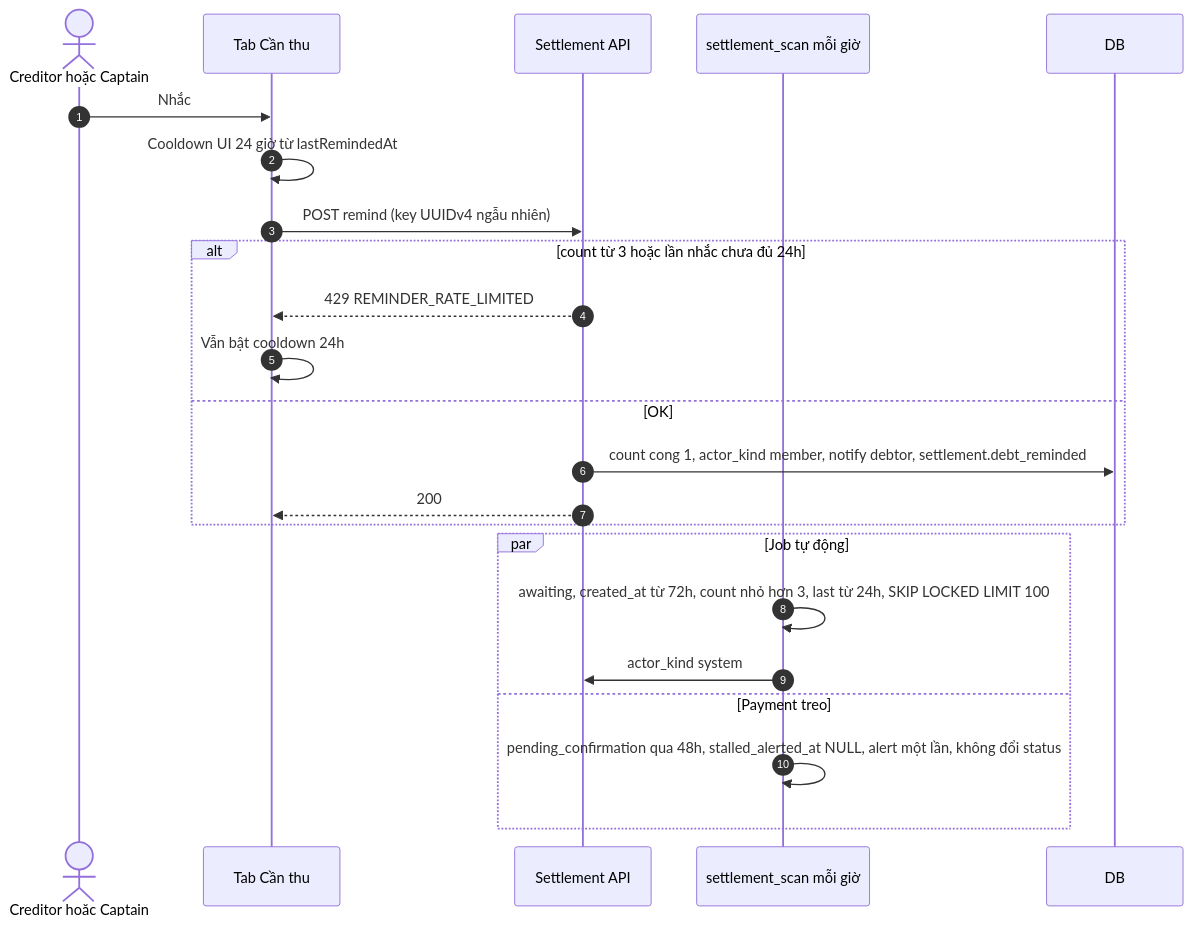
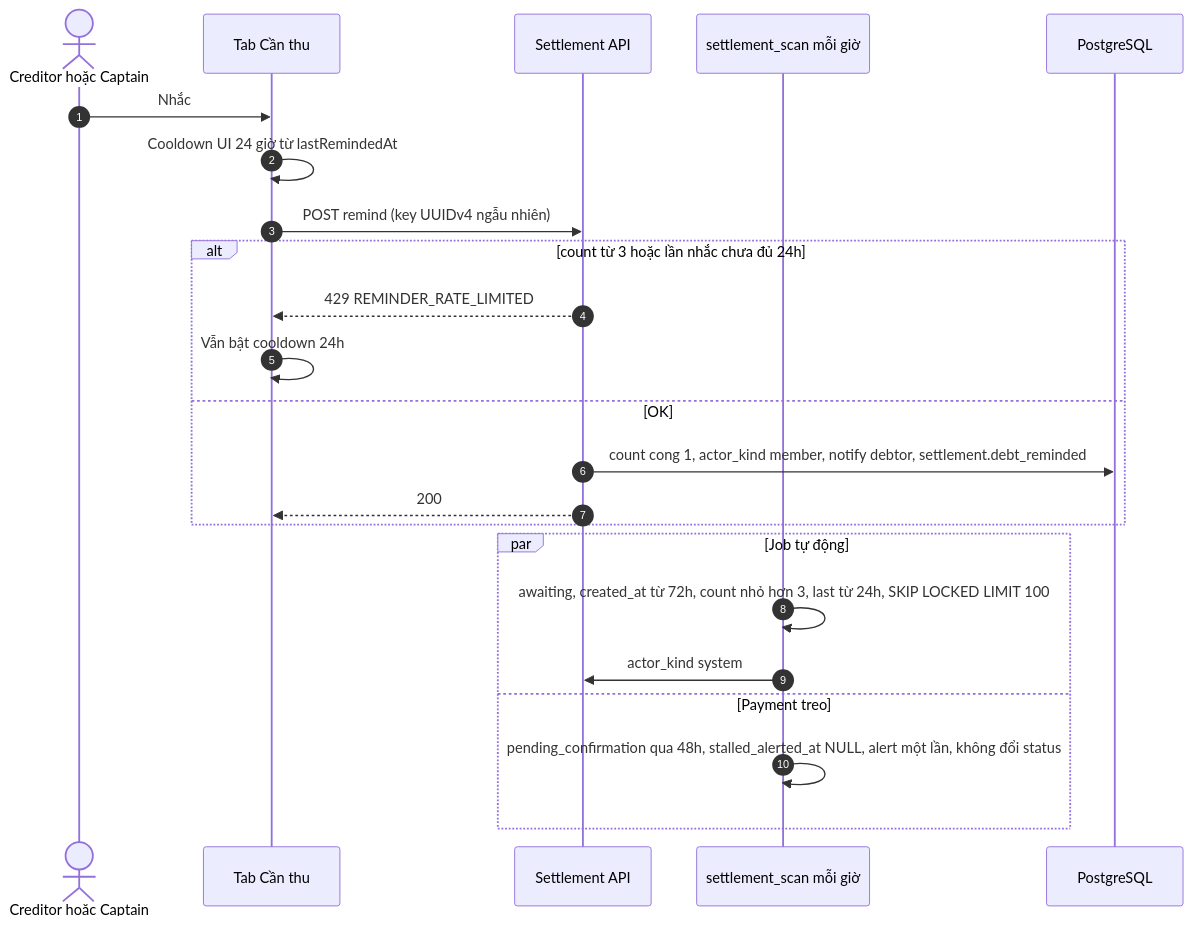
One commit to FintechVSF-Tranning/PaySplit-RP changed the fifth of 8 diagrams in flow/04-settlement.md. Above: the diagram before and after it, drawn with Mermaid. The commit also changed other lines of this file and 11 other files, not shown here.

First line of the commit message:
docs: Update flow documentation and reports for synchronization on 06/09/2026

````diff
--- a/flow/04-settlement.md
+++ b/flow/04-settlement.md
@@ -254,26 +258,27 @@
 ```mermaid
 sequenceDiagram
     autonumber
     actor S as Creditor hoặc Captain
     participant FE as Tab Cần thu
     participant BE as Settlement API
     participant Q as settlement_scan mỗi giờ
+    participant DB as PostgreSQL
 
     S->>FE: Nhắc
     FE->>FE: Cooldown UI 24 giờ từ lastRemindedAt
     FE->>BE: POST remind (key UUIDv4 ngẫu nhiên)
     alt count từ 3 hoặc lần nhắc chưa đủ 24h
         BE-->>FE: 429 REMINDER_RATE_LIMITED
         FE->>FE: Vẫn bật cooldown 24h
     else OK
         BE->>DB: count cong 1, actor_kind member, notify debtor, settlement.debt_reminded
         BE-->>FE: 200
     end
 
     par Job tự động
         Q->>Q: awaiting, created_at từ 72h, count nhỏ hơn 3, last từ 24h, SKIP LOCKED LIMIT 100
         Q->>BE: actor_kind system
     and Payment treo
         Q->>Q: pending_confirmation qua 48h, stalled_alerted_at NULL, alert một lần, không đổi status
     end
 ```
````
